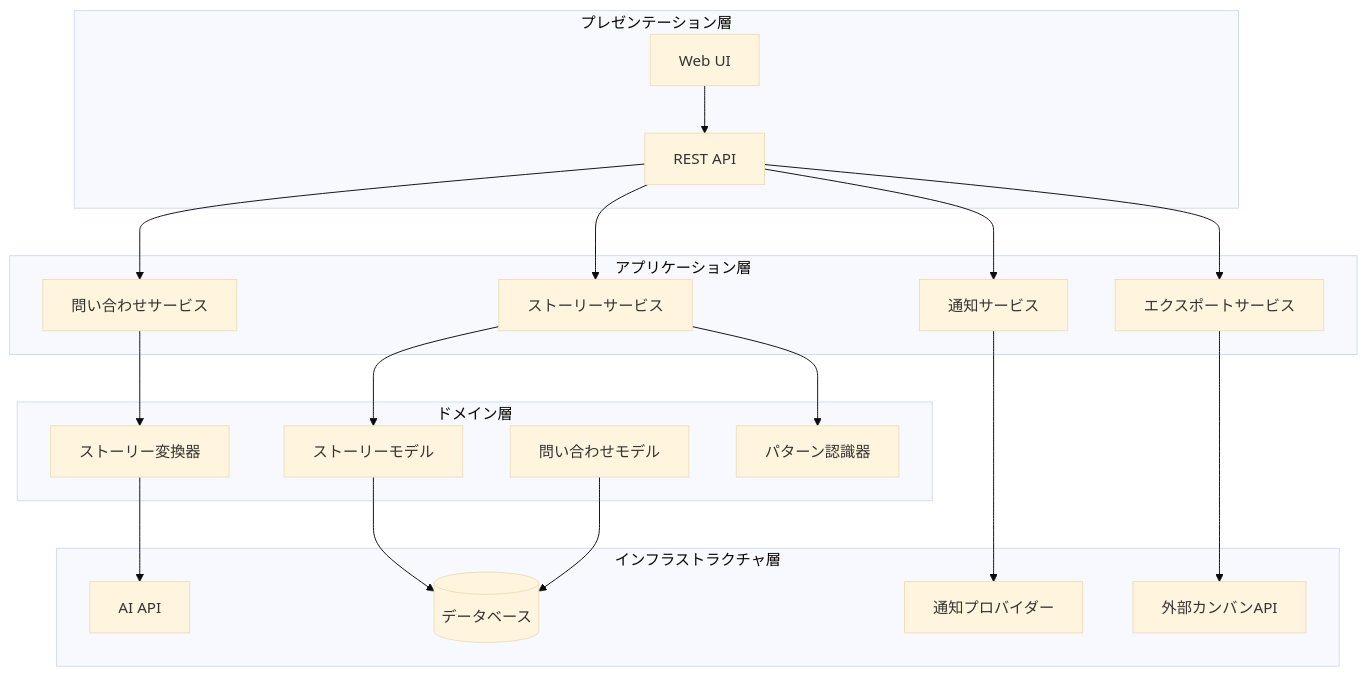
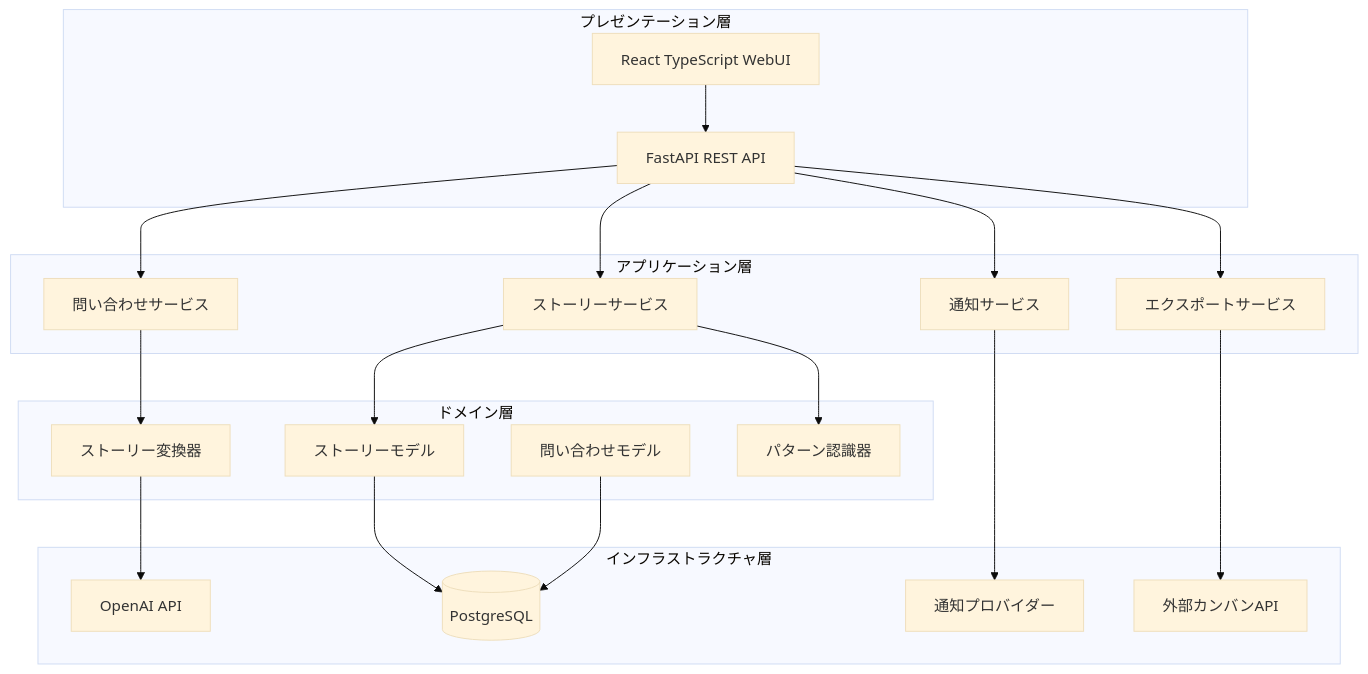
The diagram in .kiro/specs/storyboard/design.md (ohr486/ghost-squad), drawn with Mermaid (base theme) before and after one commit. The commit also changed other lines of this file and 6 other files, not shown here.

````diff
--- a/.kiro/specs/storyboard/design.md
+++ b/.kiro/specs/storyboard/design.md
@@ -11,44 +11,44 @@
 ```mermaid
 graph TB
     subgraph "プレゼンテーション層"
-        UI[Web UI]
-        API[REST API]
+        UI[React TypeScript WebUI]
+        API[FastAPI REST API]
     end
     
     subgraph "アプリケーション層"
         IS[問い合わせサービス]
         SS[ストーリーサービス]
         NS[通知サービス]
         ES[エクスポートサービス]
     end
     
     subgraph "ドメイン層"
         SC[ストーリー変換器]
         SM[ストーリーモデル]
         IM[問い合わせモデル]
         PR[パターン認識器]
     end
     
     subgraph "インフラストラクチャ層"
-        DB[(データベース)]
-        AI[AI API]
+        DB[(PostgreSQL)]
+        AI[OpenAI API]
         EXT[外部カンバンAPI]
         NOTIF[通知プロバイダー]
     end
     
     UI --> API
     API --> IS
     API --> SS
     API --> NS
     API --> ES
     
     IS --> SC
     SS --> SM
     SS --> PR
     
     SC --> AI
     SM --> DB
     IM --> DB
     ES --> EXT
     NS --> NOTIF
 ```
````
